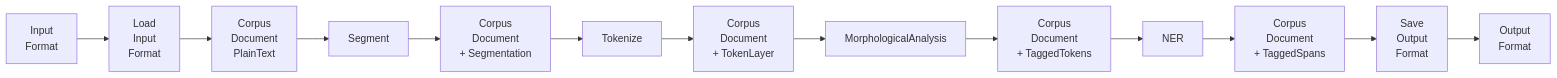
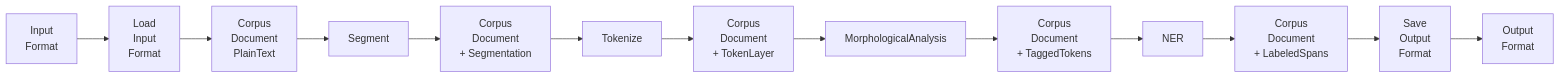
The sixth of 8 diagrams in docs/src/dev/architecture.md (ufal/linpipe), drawn with Mermaid before and after one commit. The commit also changed other lines of this file, not shown here.

Commit message:
Renamed TaggedSpans -> LabeledSpans per discussion.

````diff
--- a/docs/src/dev/architecture.md
+++ b/docs/src/dev/architecture.md
@@ -198,23 +198,23 @@
 ```mermaid
 flowchart LR
   I["Input<br/>Format"]
   Load["Load<br/>Input<br/>Format"]
   D0["Corpus<br/>Document<br/>PlainText"]
   S["Segment"]
   D1["Corpus<br/>Document<br/>+ Segmentation"]
   T["Tokenize"]
   D2["Corpus<br/>Document<br/>+ TokenLayer"]
   M["MorphologicalAnalysis"]
   D3["Corpus<br/>Document<br/>+ TaggedTokens"]
   N["NER"]
-  D4["Corpus<br/>Document<br/>+ TaggedSpans"]
+  D4["Corpus<br/>Document<br/>+ LabeledSpans"]
   Save["Save<br/>Output<br/>Format"]
   O["Output<br/>Format"]
 
   I --> Load --> D0
   D0 --> S --> D1
   D1 --> T --> D2
   D2 --> M --> D3
   D3 --> N --> D4
   D4 --> Save --> O
 ```
````
